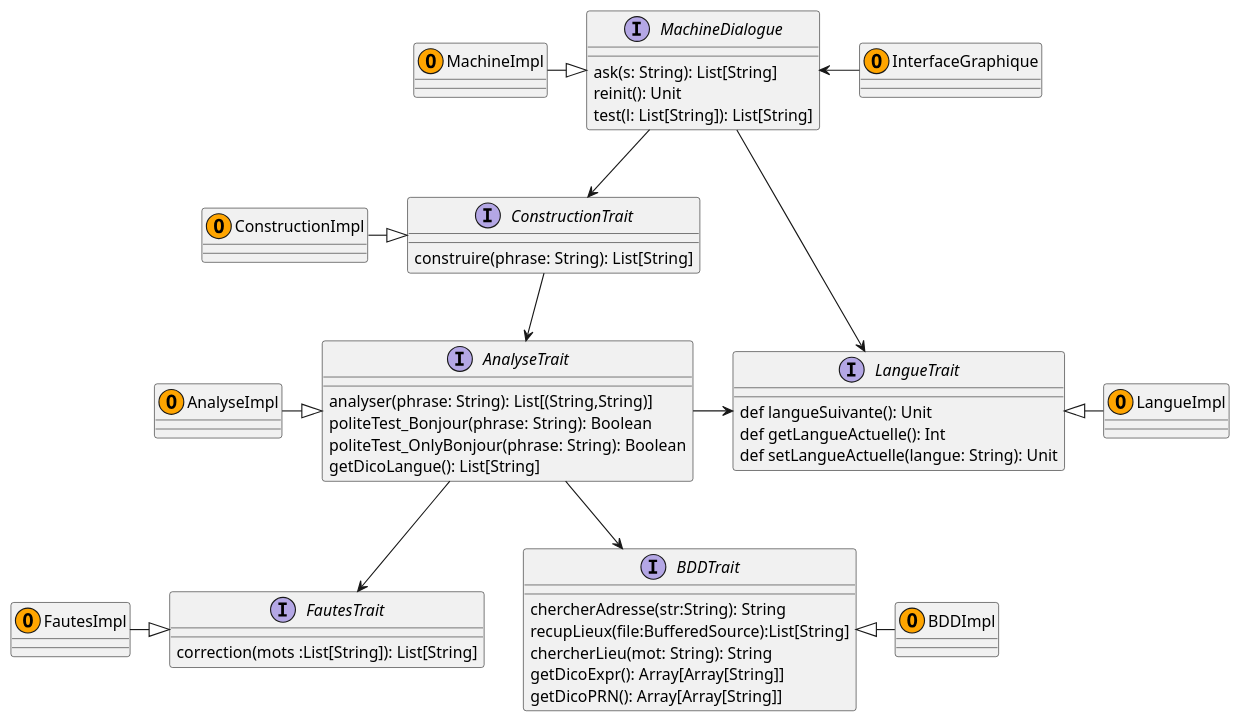
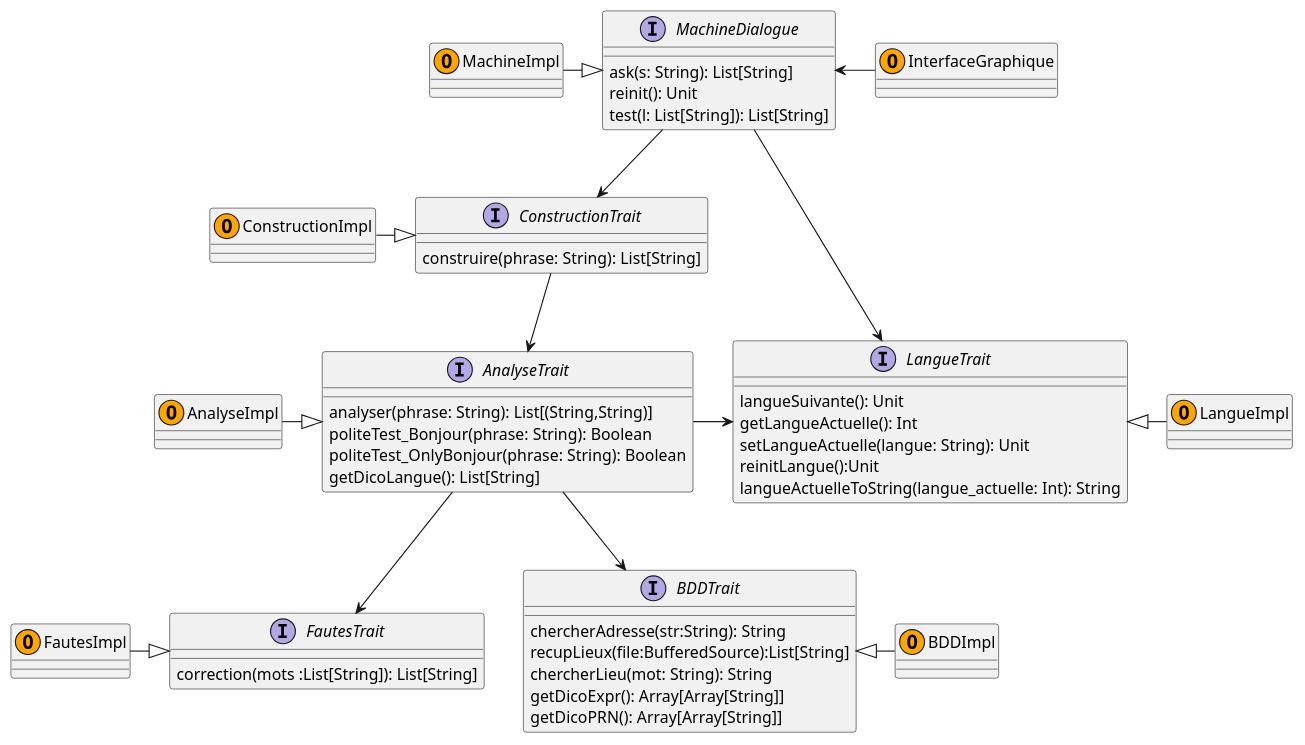
The diagram in src/main/scala/diagramme/diag_imp.plantuml (mathisglt/AvatarBacchus), drawn with PlantUML before and after one commit.

Commit message:
maj diagramme

```diff
--- a/src/main/scala/diagramme/diag_imp.plantuml
+++ b/src/main/scala/diagramme/diag_imp.plantuml
@@ -1,67 +1,69 @@
 @startuml Avatar
 
 interface BDDTrait{
 	chercherAdresse(str:String): String
 	recupLieux(file:BufferedSource):List[String]
 	chercherLieu(mot: String): String
 	getDicoExpr(): Array[Array[String]]
 	getDicoPRN(): Array[Array[String]]
 }
 
 interface MachineDialogue {
 	ask(s: String): List[String]
 	reinit(): Unit
 	test(l: List[String]): List[String]
 }
 
 interface ConstructionTrait{
 	construire(phrase: String): List[String]
 }
 
 interface InterfaceGraphique{
 
 }
 
 interface FautesTrait{
 	correction(mots :List[String]): List[String]
 }
 
 interface AnalyseTrait{
 	analyser(phrase: String): List[(String,String)]
 	politeTest_Bonjour(phrase: String): Boolean
 	politeTest_OnlyBonjour(phrase: String): Boolean
 	getDicoLangue(): List[String]
 }
 
 interface LangueTrait{
-	def langueSuivante(): Unit
-  	def getLangueActuelle(): Int
-  	def setLangueActuelle(langue: String): Unit
+	langueSuivante(): Unit
+ 	getLangueActuelle(): Int
+  	setLangueActuelle(langue: String): Unit
+  	reinitLangue():Unit
+  	langueActuelleToString(langue_actuelle: Int): String
 }
 
 
 class MachineImpl <<(O,Orange)>>
 class InterfaceGraphique <<(O,Orange)>>
 class ConstructionImpl <<(O,Orange)>>
 class AnalyseImpl <<(O,Orange)>>
 class BDDImpl <<(O,Orange)>>
 class FautesImpl <<(O,Orange)>>
 class LangueImpl <<(O,Orange)>>
 
 MachineImpl -|> MachineDialogue
 BDDTrait <|-  BDDImpl
 ConstructionImpl -|>  ConstructionTrait
 AnalyseImpl -|>  AnalyseTrait
 FautesImpl -|> FautesTrait
 LangueTrait <|-  LangueImpl
 
 MachineDialogue --> ConstructionTrait
 MachineDialogue <- InterfaceGraphique
 ConstructionTrait --> AnalyseTrait
 
 AnalyseTrait -> LangueTrait
 AnalyseTrait --> FautesTrait
 AnalyseTrait --> BDDTrait
 MachineDialogue --> LangueTrait
 
 @enduml
```
